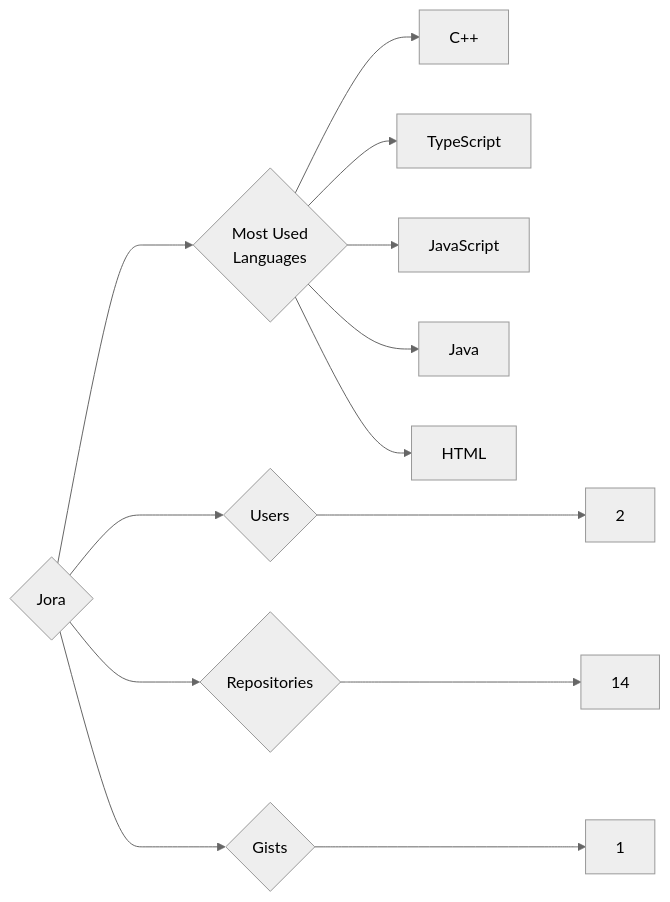
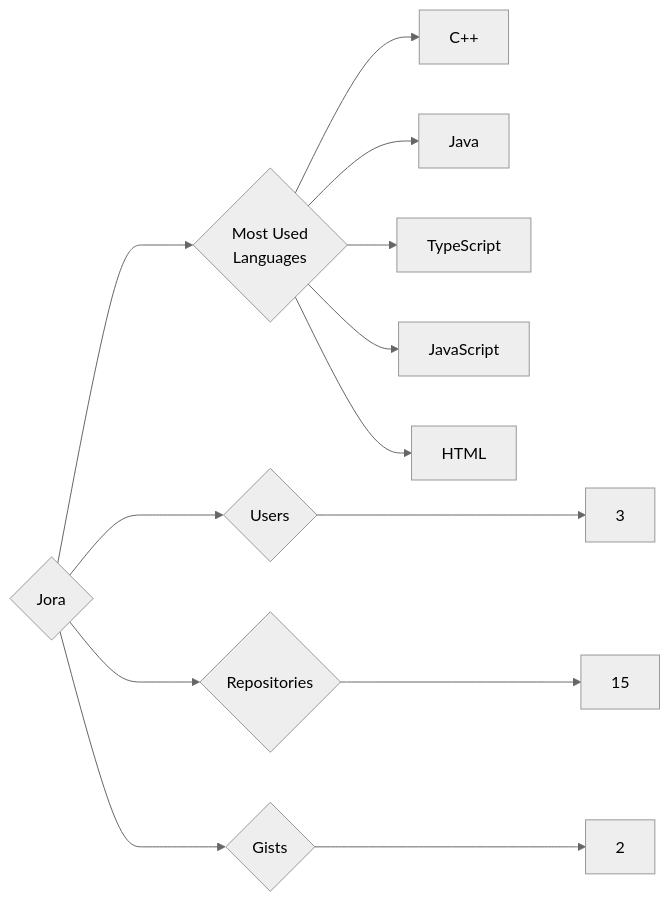
Before and after one commit to trickest/insiders: the diagram in targets/Jora/README.md, drawn with Mermaid (neutral theme). The commit also changed 1389 other files, not shown here.

````diff
--- a/targets/Jora/README.md
+++ b/targets/Jora/README.md
@@ -3,13 +3,13 @@
 ```mermaid
 graph LR
 COMPANY_NAME{Jora}
-COMPANY_NAME ---> U{Users} ---> UN[2]
-COMPANY_NAME ---> R{Repositories} ---> RN[14]
-COMPANY_NAME ---> G{Gists} ---> GN[1]
+COMPANY_NAME ---> U{Users} ---> UN[3]
+COMPANY_NAME ---> R{Repositories} ---> RN[15]
+COMPANY_NAME ---> G{Gists} ---> GN[2]
 COMPANY_NAME ---> ML{Most Used<br>Languages}
 ML --> C++[C++]
+ML --> Java[Java]
 ML --> TypeScript[TypeScript]
 ML --> JavaScript[JavaScript]
-ML --> Java[Java]
 ML --> HTML[HTML]
 ```
````
